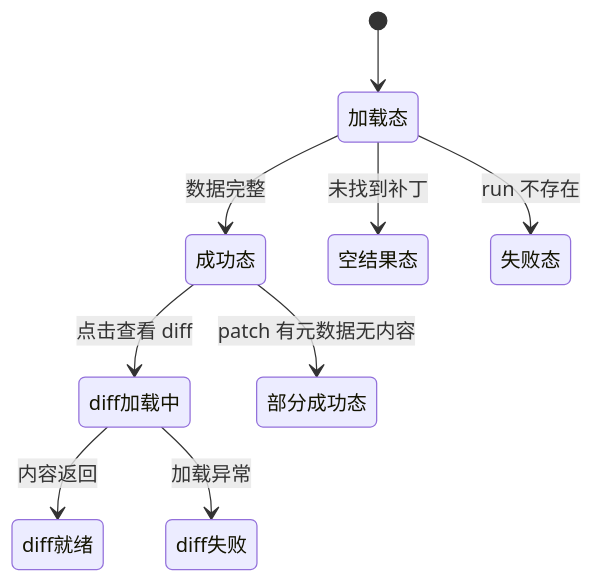
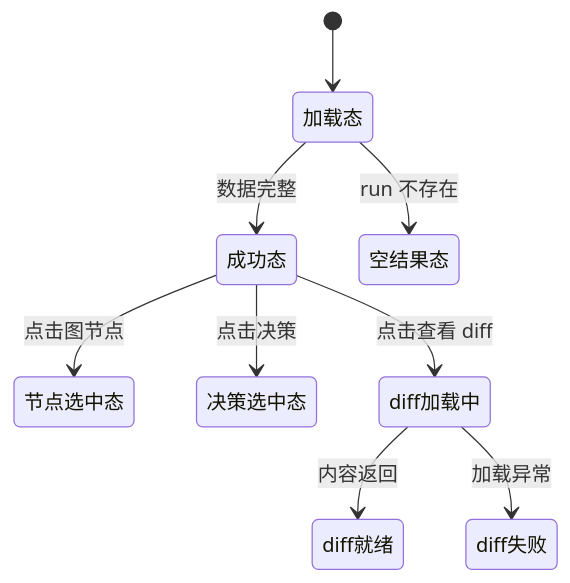
Before and after one commit to coeoo/AetherFlow: the second of 2 diagrams in docs/13-界面设计/P102-CVE运行详情页面设计.md, drawn with Mermaid. The commit also changed other lines of this file and 55 other files, not shown here.

````diff
--- a/docs/13-界面设计/P102-CVE运行详情页面设计.md
+++ b/docs/13-界面设计/P102-CVE运行详情页面设计.md
@@ -95,11 +62,11 @@
 ```mermaid
 stateDiagram-v2
     [*] --> 加载态
     加载态 --> 成功态 : 数据完整
-    加载态 --> 空结果态 : 未找到补丁
-    加载态 --> 失败态 : run 不存在
+    加载态 --> 空结果态 : run 不存在
+    成功态 --> 节点选中态 : 点击图节点
+    成功态 --> 决策选中态 : 点击决策
     成功态 --> diff加载中 : 点击查看 diff
     diff加载中 --> diff就绪 : 内容返回
     diff加载中 --> diff失败 : 加载异常
-    成功态 --> 部分成功态 : patch 有元数据无内容
 ```
````
